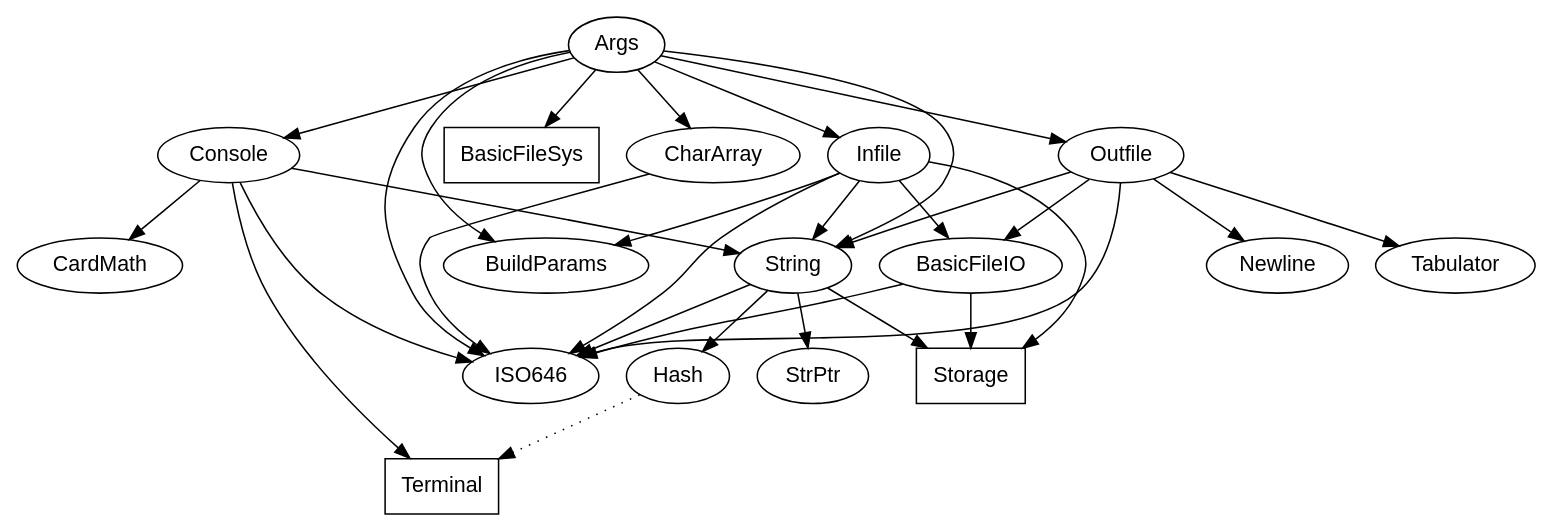
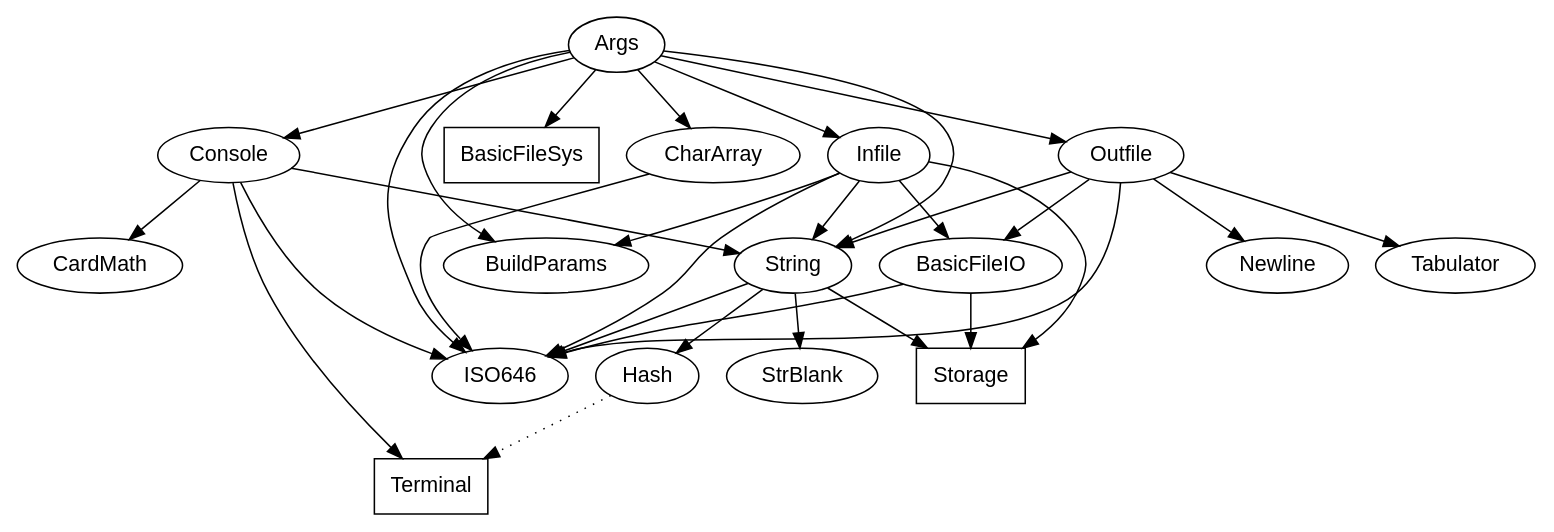
The diagram in Args.dep.dot (m2sf/M2PP-Module-Dependency-Graphs), drawn with Graphviz before and after one commit. The commit also changed 12 other files, not shown here.

```diff
--- a/Args.dep.dot
+++ b/Args.dep.dot
@@ -1,56 +1,56 @@
 digraph ArgsImports {
   node [fontname=helvetica];
   
   Args -> {
     BuildParams CharArray Console BasicFileSys Infile ISO646 Outfile String
   };
   
   BuildParams; /* no dependencies */
   
   CharArray -> {
     ISO646
   };
   
   ISO646; /* no dependencies */
   
   Console -> {
     CardMath ISO646 String Terminal
   };
   
   CardMath; /* no dependencies */
   
   String -> {
-    Hash ISO646 Storage StrPtr
+    Hash ISO646 Storage StrBlank
   };
   
   edge [style=dotted];
   Hash -> {
     Terminal
   };
   edge [style=none];
   
   Terminal [shape=box]; /* stdlib */
   
   Storage [shape=box]; /* stdlib */
   
-  StrPtr; /* no dependencies */  
+  StrBlank; /* no dependencies */  
   
   BasicFileSys [shape=box];
   
   Infile -> {
     BasicFileIO BuildParams ISO646 Storage String
   };
   
   BasicFileIO -> {
     ISO646 Storage
   };
   
   Outfile -> {
     BasicFileIO ISO646 Newline String Tabulator
   };
   
   Newline; /* no dependencies */  
   
   Tabulator; /* no dependencies */  
   
 } /* Args */
```
